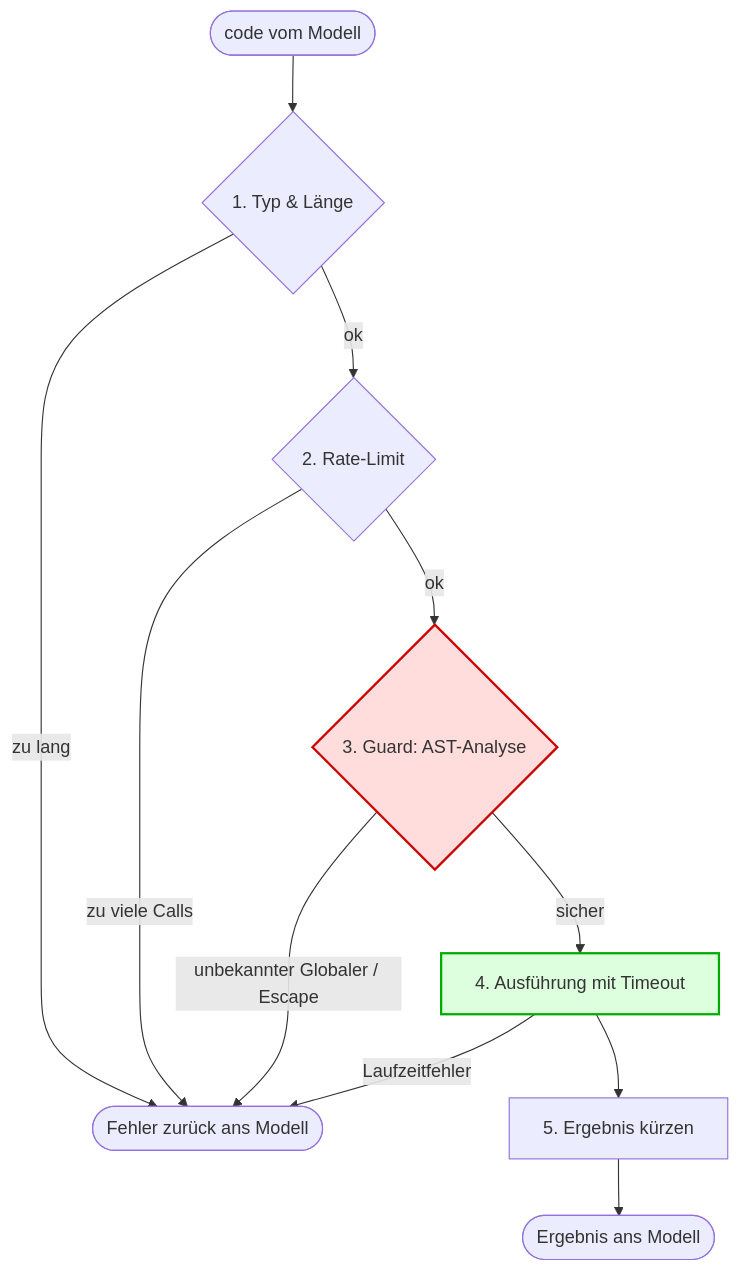
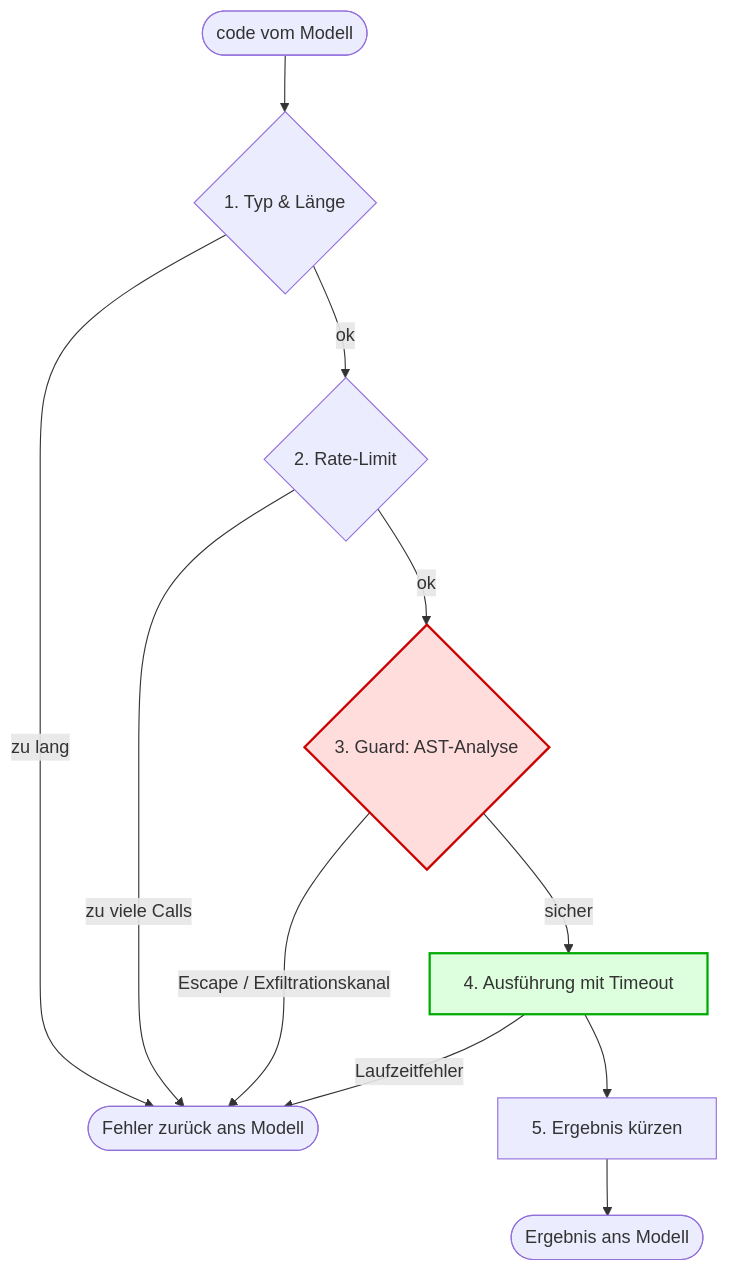
The second of 3 diagrams in README.md (SebastianBaltes/BaseAIChat), drawn with Mermaid before and after one commit. The commit also changed other lines of this file and 4 other files, not shown here.

````diff
--- a/README.md
+++ b/README.md
@@ -205,16 +205,16 @@
 ```mermaid
 flowchart TD
     Start([code vom Modell]) --> L1{1. Typ & Länge}
     L1 -- zu lang --> Err([Fehler zurück ans Modell])
     L1 -- ok --> L2{2. Rate-Limit}
     L2 -- zu viele Calls --> Err
     L2 -- ok --> L3{3. Guard: AST-Analyse}
-    L3 -- unbekannter Globaler / Escape --> Err
+    L3 -- Escape / Exfiltrationskanal --> Err
     L3 -- sicher --> L4[4. Ausführung mit Timeout]
     L4 -- Laufzeitfehler --> Err
     L4 --> L5[5. Ergebnis kürzen]
     L5 --> End([Ergebnis ans Modell])
 
     style L3 fill:#ffdddd,stroke:#c00,stroke-width:2px
     style L4 fill:#ddffdd,stroke:#0a0,stroke-width:2px
 ```
````
